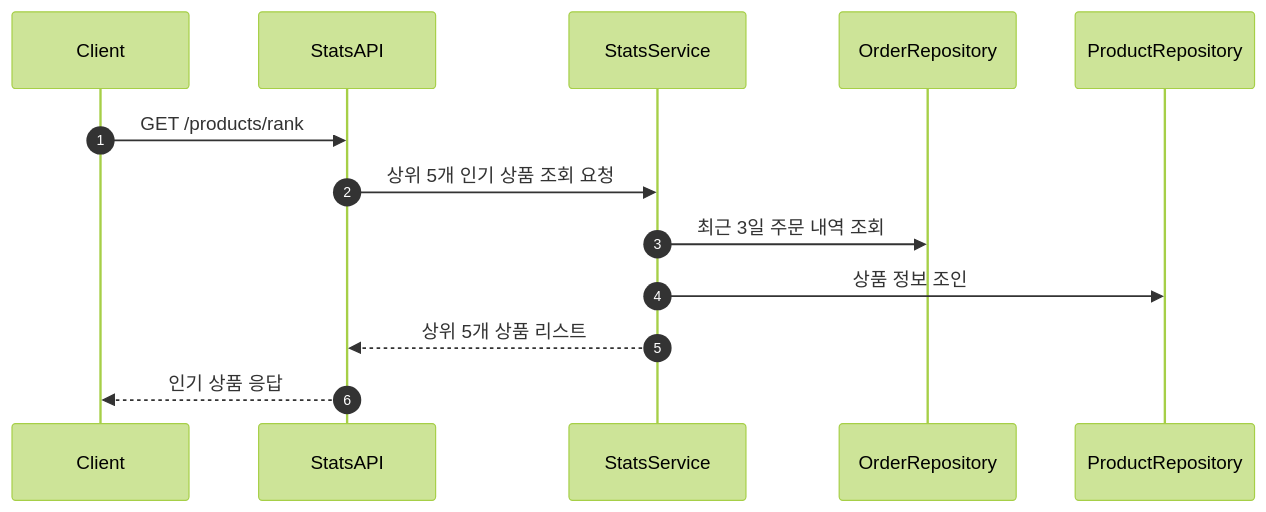
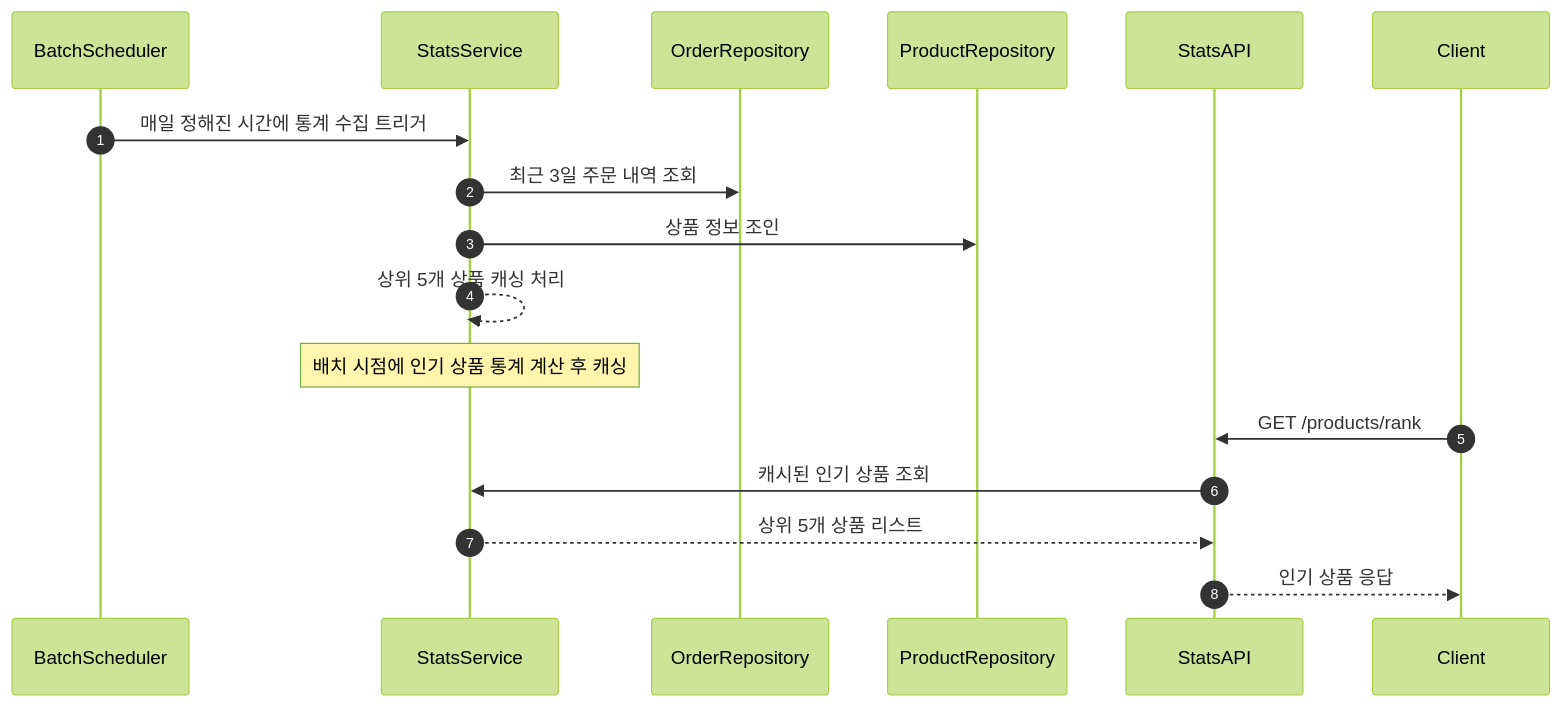
Before and after one commit to ehdgus0221/hhplus-ecommerce: the seventh of 7 diagrams in docs/Sequence.md, drawn with Mermaid (forest theme). The commit also changed other lines of this file, not shown here.

Commit message:
[DOCS] : 시퀀스 다이어그램 문서 수정 (동시성, 캐시 추가)

````diff
--- a/docs/Sequence.md
+++ b/docs/Sequence.md
@@ -153,11 +156,21 @@
 ```mermaid
 sequenceDiagram
     autonumber
+    participant BatchScheduler
+    participant StatsService
+    participant OrderRepository
+    participant ProductRepository
+    participant StatsAPI
     participant Client
-    Client->>StatsAPI: GET /products/rank
-    StatsAPI->>StatsService: 상위 5개 인기 상품 조회 요청
+
+    BatchScheduler->>StatsService: 매일 정해진 시간에 통계 수집 트리거
     StatsService->>OrderRepository: 최근 3일 주문 내역 조회
     StatsService->>ProductRepository: 상품 정보 조인
+    StatsService-->>StatsService: 상위 5개 상품 캐싱 처리
+    Note over StatsService: 배치 시점에 인기 상품 통계 계산 후 캐싱
+
+    Client->>StatsAPI: GET /products/rank
+    StatsAPI->>StatsService: 캐시된 인기 상품 조회
     StatsService-->>StatsAPI: 상위 5개 상품 리스트
     StatsAPI-->>Client: 인기 상품 응답
 ```
````
